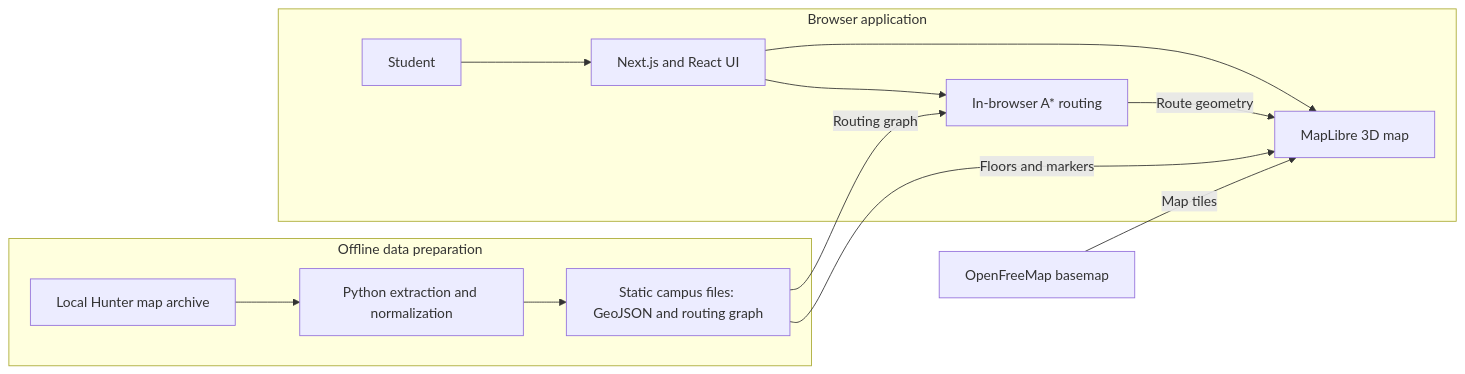
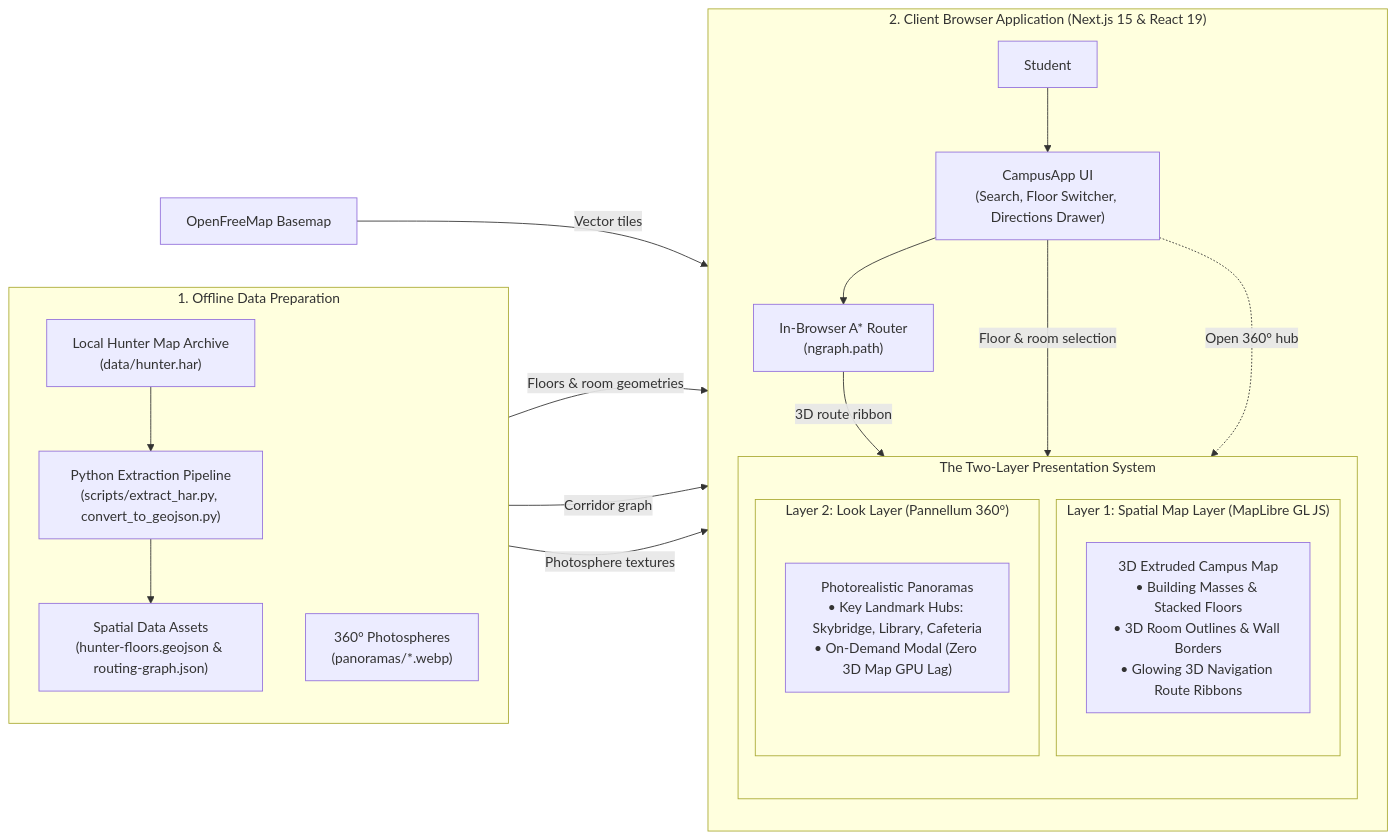
The diagram in README.md (YunzheOVE/hunter-spatial), drawn with Mermaid before and after one commit. The commit also changed other lines of this file, not shown here.

Commit message:
doc: system arch

````diff
--- a/README.md
+++ b/README.md
@@ -11,18 +16,34 @@
 ```mermaid
 flowchart LR
-    subgraph offline["Offline data preparation"]
-        archive["Local Hunter map archive"] --> pipeline["Python extraction and normalization"]
-        pipeline --> assets["Static campus files: GeoJSON and routing graph"]
+    subgraph offline["1. Offline Data Preparation"]
+        direction TB
+        archive["Local Hunter Map Archive<br/>(data/hunter.har)"] --> pipeline["Python Extraction Pipeline<br/>(scripts/extract_har.py, convert_to_geojson.py)"]
+        pipeline --> spatialAssets["Spatial Data Assets<br/>(hunter-floors.geojson & routing-graph.json)"]
+        photoAssets["360° Photospheres<br/>(panoramas/*.webp)"]
     end
 
-    subgraph browser["Browser application"]
-        user["Student"] --> ui["Next.js and React UI"]
-        ui --> map["MapLibre 3D map"]
-        ui --> router["In-browser A* routing"]
-        router -->|"Route geometry"| map
+    subgraph browser["2. Client Browser Application (Next.js 15 & React 19)"]
+        direction TB
+        user["Student"] --> ui["CampusApp UI<br/>(Search, Floor Switcher, Directions Drawer)"]
+        ui --> router["In-Browser A* Router<br/>(ngraph.path)"]
+
+        subgraph twoLayers["The Two-Layer Presentation System"]
+            direction TB
+            subgraph layer1["Layer 1: Spatial Map Layer (MapLibre GL JS)"]
+                map["3D Extruded Campus Map<br/>• Building Masses & Stacked Floors<br/>• 3D Room Outlines & Wall Borders<br/>• Glowing 3D Navigation Route Ribbons"]
+            end
+            subgraph layer2["Layer 2: Look Layer (Pannellum 360°)"]
+                look["Photorealistic Panoramas<br/>• Key Landmark Hubs: Skybridge, Library, Cafeteria<br/>• On-Demand Modal (Zero 3D Map GPU Lag)"]
+            end
+        end
+
+        router -->|"3D route ribbon"| map
+        ui -->|"Floor & room selection"| map
+        ui -.->|"Open 360° hub"| look
     end
 
-    assets -->|"Floors and markers"| map
-    assets -->|"Routing graph"| router
-    basemap["OpenFreeMap basemap"] -->|"Map tiles"| map
+    spatialAssets -->|"Floors & room geometries"| map
+    spatialAssets -->|"Corridor graph"| router
+    photoAssets -->|"Photosphere textures"| look
+    basemap["OpenFreeMap Basemap"] -->|"Vector tiles"| map
 ```
````
